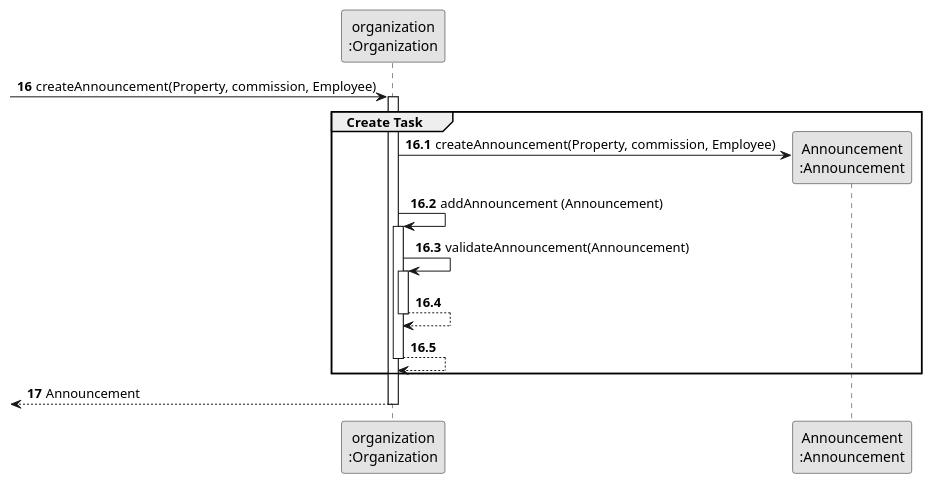
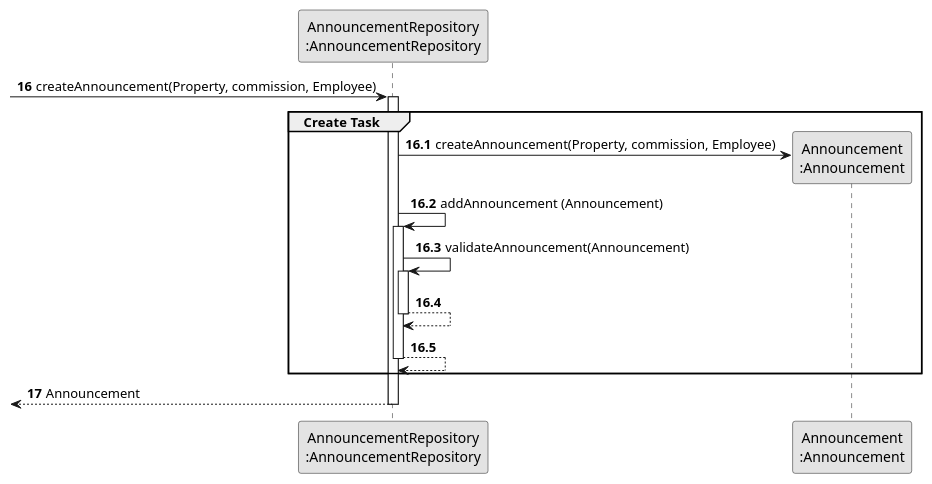
One commit to hugosilva2901/lei-22-s2-1DO-g68 changed the diagram in lei-22-s2-1do-g68/docs/SprintB/us002/03.design/puml/us002-sequence-diagram-partial-create-Announcement.puml. Above: the diagram before and after it, drawn with PlantUML. The commit also changed 6 other files, not shown here.

Commit message:
Mudança nos diagramas e classes US002

```diff
--- a/lei-22-s2-1do-g68/docs/SprintB/us002/03.design/puml/us002-sequence-diagram-partial-create-Announcement.puml
+++ b/lei-22-s2-1do-g68/docs/SprintB/us002/03.design/puml/us002-sequence-diagram-partial-create-Announcement.puml
@@ -1,34 +1,34 @@
 @startuml
 skinparam monochrome true
 skinparam packageStyle rectangle
 skinparam shadowing false
 
-participant "organization\n:Organization" as ORG
+participant "AnnouncementRepository\n:AnnouncementRepository" as ORG
 participant "Announcement\n:Announcement" as TAREFA
 
 autonumber 16
 -> ORG: createAnnouncement(Property, commission, Employee)
 
 autonumber 16.1
 activate ORG
     group Create Task
 
         ORG -> TAREFA**: createAnnouncement(Property, commission, Employee)
         ORG -> ORG: addAnnouncement (Announcement)
 
         activate ORG
             ORG -> ORG: validateAnnouncement(Announcement)
             activate ORG
                 ORG --> ORG
             deactivate ORG
 
             ORG --> ORG
         deactivate ORG
     end
 
     autonumber 17
     <-- ORG : Announcement
 deactivate ORG
 
 
 @enduml
```
